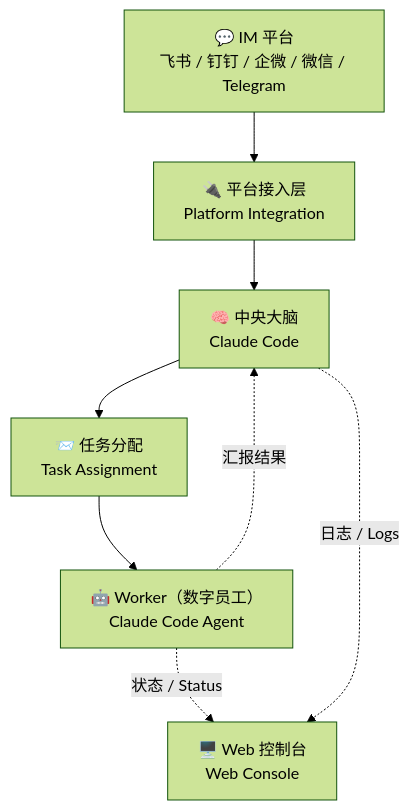
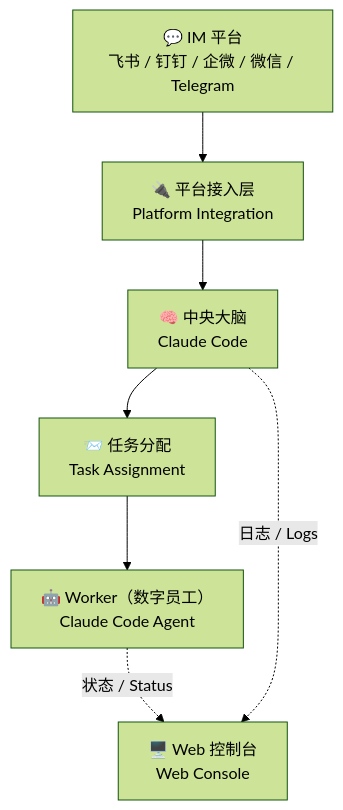
The diagram in README.zh.md (theopenbee/openbee), drawn with Mermaid (forest theme) before and after one commit. The commit also changed other lines of this file and 1 other file, not shown here.

````diff
--- a/README.zh.md
+++ b/README.zh.md
@@ -111,10 +111,9 @@
 ```mermaid
 graph TD
     A["💬 IM 平台\n飞书 / 钉钉 / 企微 / 微信 / Telegram"] --> B["🔌 平台接入层\nPlatform Integration"]
     B --> C["🧠 中央大脑\nClaude Code"]
     C --> D["📨 任务分配\nTask Assignment"]
     D --> E["🤖 Worker（数字员工）\nClaude Code Agent"]
-    E -. "汇报结果" .-> C
     E -. "状态 / Status" .-> F["🖥️ Web 控制台\nWeb Console"]
     C -. "日志 / Logs" .-> F
 ```
````
